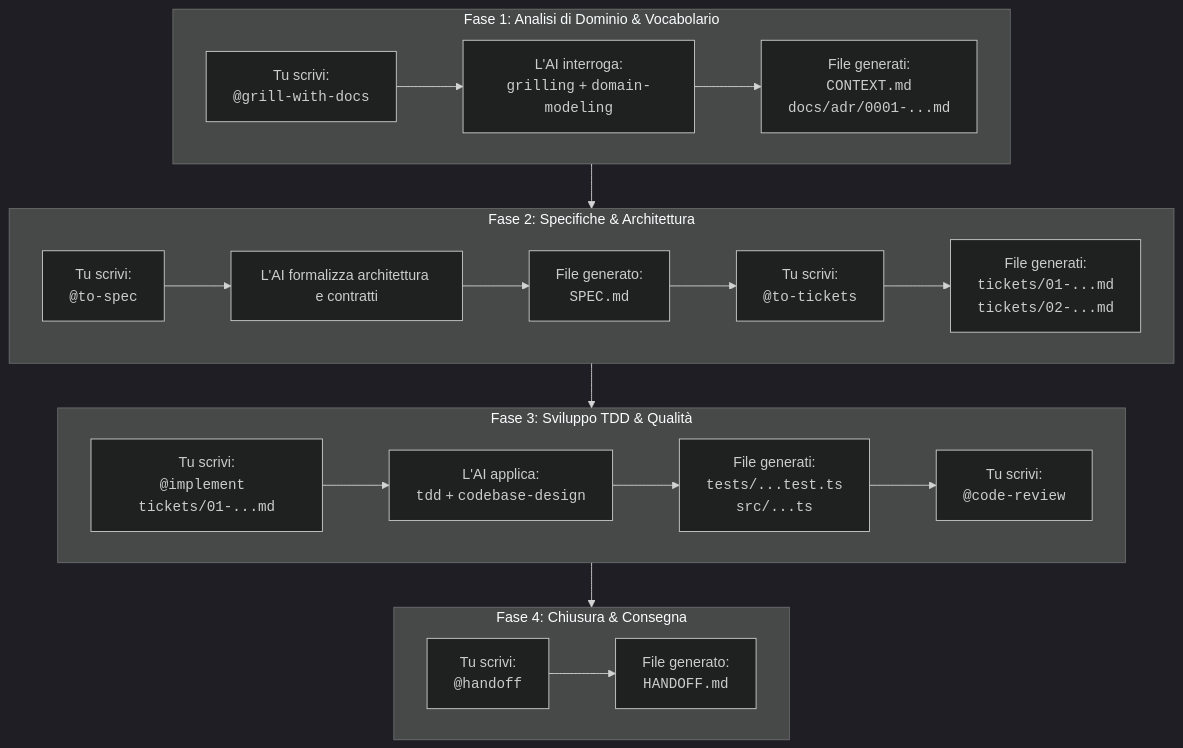
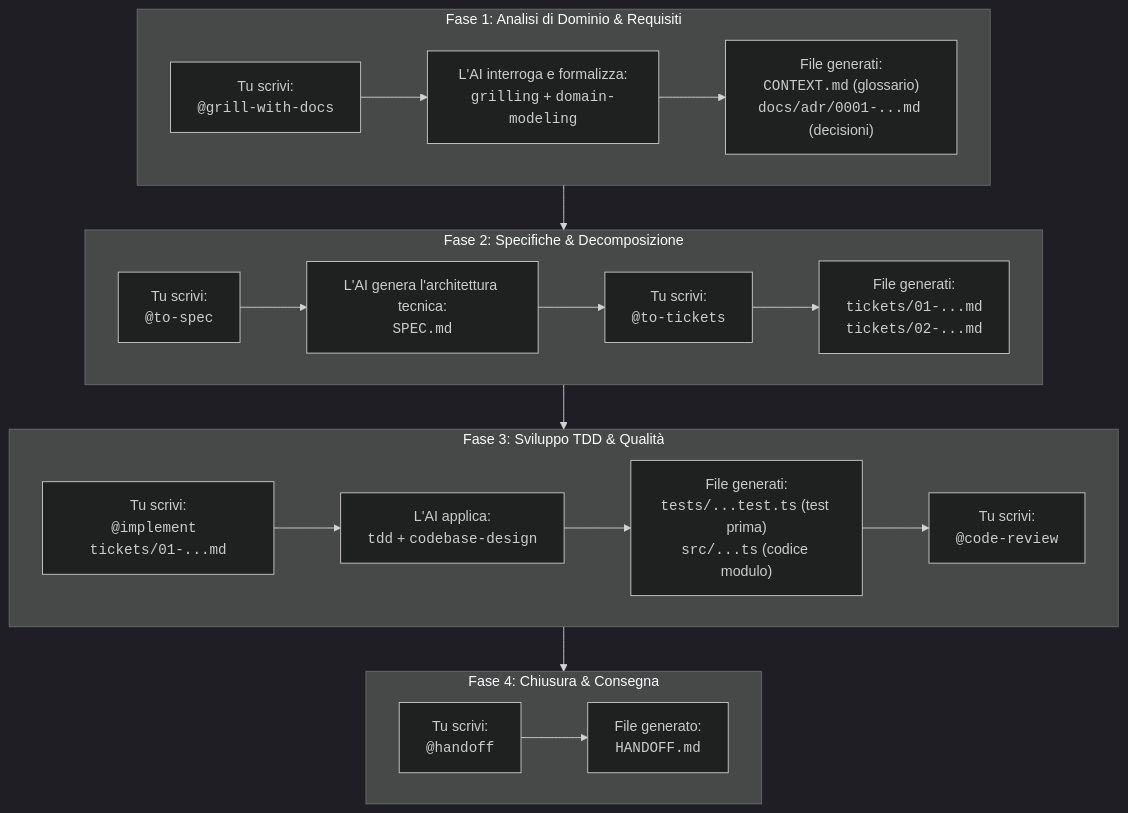
One commit to ClaudioNuncibello/My-Agents-Skills changed the diagram in README.md. Above: the diagram before and after it, drawn with Mermaid (dark theme). The commit also changed other lines of this file, not shown here.

Commit message:
docs: generalize workflow to generic software design without domain-specific examples

````diff
--- a/README.md
+++ b/README.md
@@ -66,28 +64,27 @@
 ```mermaid
 flowchart TD
-    subgraph Fase1["Fase 1: Analisi di Dominio & Vocabolario"]
-        A1["Tu scrivi:<br><code>@grill-with-docs</code>"] --> A2["L'AI interroga:<br><code>grilling</code> + <code>domain-modeling</code>"]
-        A2 --> A3["File generati:<br><code>CONTEXT.md</code><br><code>docs/adr/0001-...md</code>"]
+    subgraph Fase1["Fase 1: Analisi di Dominio & Requisiti"]
+        A1["Tu scrivi:<br><code>@grill-with-docs</code>"] --> A2["L'AI interroga e formalizza:<br><code>grilling</code> + <code>domain-modeling</code>"]
+        A2 --> A3["File generati:<br><code>CONTEXT.md</code> (glossario)<br><code>docs/adr/0001-...md</code> (decisioni)"]
     end
 
-    subgraph Fase2["Fase 2: Specifiche & Architettura"]
-        B1["Tu scrivi:<br><code>@to-spec</code>"] --> B2["L'AI formalizza architettura e contratti"]
-        B2 --> B3["File generato:<br><code>SPEC.md</code>"]
-        B3 --> B4["Tu scrivi:<br><code>@to-tickets</code>"]
-        B4 --> B5["File generati:<br><code>tickets/01-...md</code><br><code>tickets/02-...md</code>"]
+    subgraph Fase2["Fase 2: Specifiche & Decomposizione"]
+        B1["Tu scrivi:<br><code>@to-spec</code>"] --> B2["L'AI genera l'architettura tecnica:<br><code>SPEC.md</code>"]
+        B2 --> B3["Tu scrivi:<br><code>@to-tickets</code>"]
+        B3 --> B4["File generati:<br><code>tickets/01-...md</code><br><code>tickets/02-...md</code>"]
     end
 
     subgraph Fase3["Fase 3: Sviluppo TDD & Qualità"]
         C1["Tu scrivi:<br><code>@implement tickets/01-...md</code>"] --> C2["L'AI applica:<br><code>tdd</code> + <code>codebase-design</code>"]
-        C2 --> C3["File generati:<br><code>tests/...test.ts</code><br><code>src/...ts</code>"]
+        C2 --> C3["File generati:<br><code>tests/...test.ts</code> (test prima)<br><code>src/...ts</code> (codice modulo)"]
         C3 --> C4["Tu scrivi:<br><code>@code-review</code>"]
     end
 
     subgraph Fase4["Fase 4: Chiusura & Consegna"]
         D1["Tu scrivi:<br><code>@handoff</code>"] --> D2["File generato:<br><code>HANDOFF.md</code>"]
     end
 
     Fase1 --> Fase2
     Fase2 --> Fase3
     Fase3 --> Fase4
 ```
````
